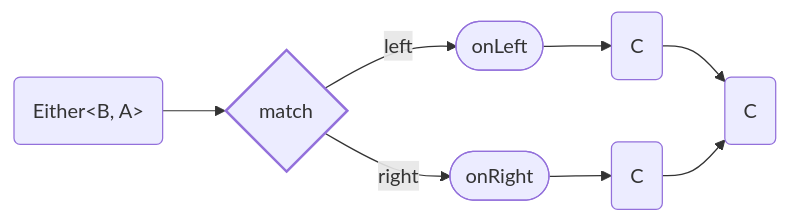
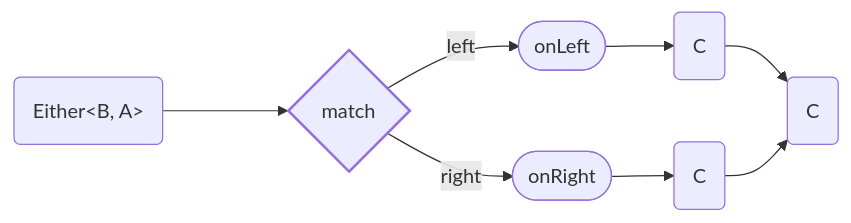
Before and after one commit to adamjosefus/fp-ts-examples: the sixth of 9 diagrams in Either.md, drawn with Mermaid. The commit also changed other lines of this file, not shown here.

````diff
--- a/Either.md
+++ b/Either.md
@@ -199,20 +288,20 @@
 ```mermaid
 flowchart LR
     style match stroke-width: 2px
 
     input( Either<<span>B, A</span>> )
     match{ match }
     onLeft([ onLeft ])
     onRight([ onRight ])
     leftOutput( C )
     rightOutput( C )
     output( C )
 
-    input --> match
+    input ---> match
     match --> | left | onLeft
     match --> | right | onRight
     onLeft --> leftOutput
     onRight --> rightOutput
     leftOutput --> output
     rightOutput --> output
 ```
````
